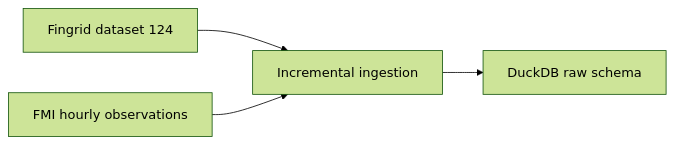
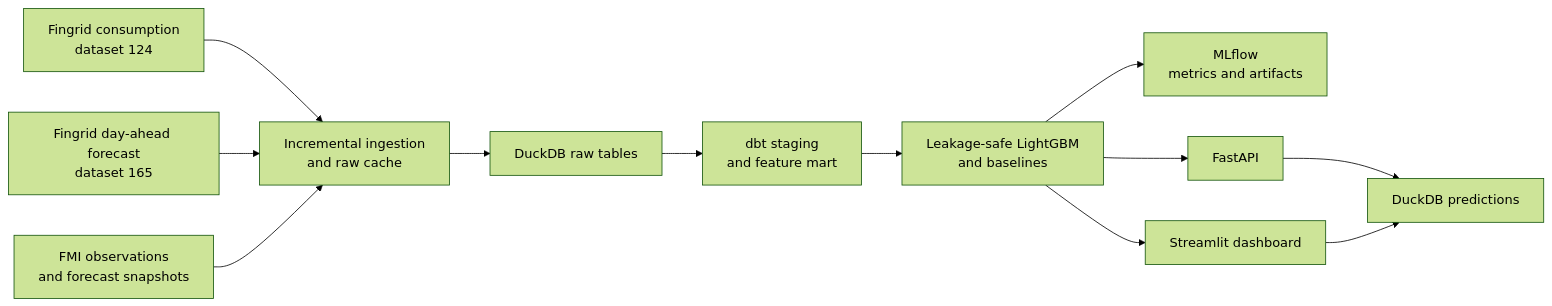
The diagram in README.md (omerahmed8081/finland-grid-forecast), drawn with Mermaid (forest theme) before and after one commit. The commit also changed other lines of this file and 2 other files, not shown here.

````diff
--- a/README.md
+++ b/README.md
@@ -25,6 +23,14 @@
 ```mermaid
 flowchart LR
-    Fingrid["Fingrid dataset 124"] --> Ingest["Incremental ingestion"]
-    FMI["FMI hourly observations"] --> Ingest
-    Ingest --> DuckDB["DuckDB raw schema"]
+    FG124["Fingrid consumption<br/>dataset 124"] --> ING["Incremental ingestion<br/>and raw cache"]
+    FG165["Fingrid day-ahead forecast<br/>dataset 165"] --> ING
+    FMI["FMI observations<br/>and forecast snapshots"] --> ING
+    ING --> RAW["DuckDB raw tables"]
+    RAW --> DBT["dbt staging<br/>and feature mart"]
+    DBT --> MODEL["Leakage-safe LightGBM<br/>and baselines"]
+    MODEL --> MLFLOW["MLflow<br/>metrics and artifacts"]
+    MODEL --> API["FastAPI"]
+    MODEL --> DASH["Streamlit dashboard"]
+    API --> DB["DuckDB predictions"]
+    DASH --> DB
 ```
````
